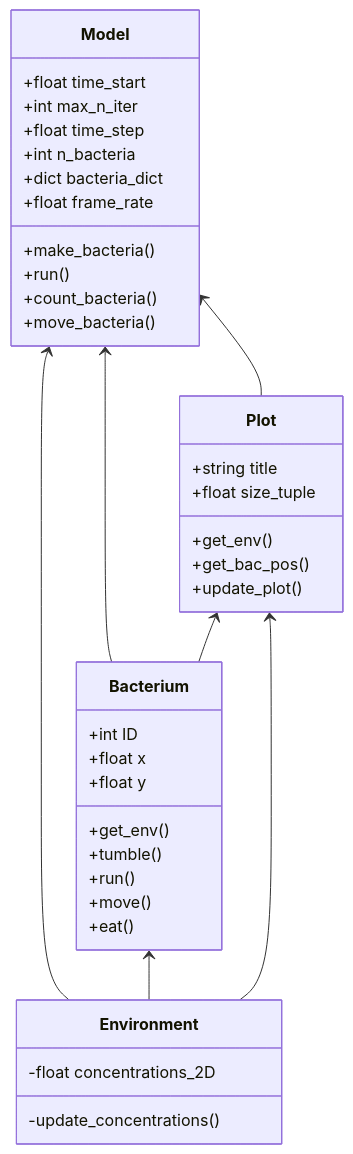
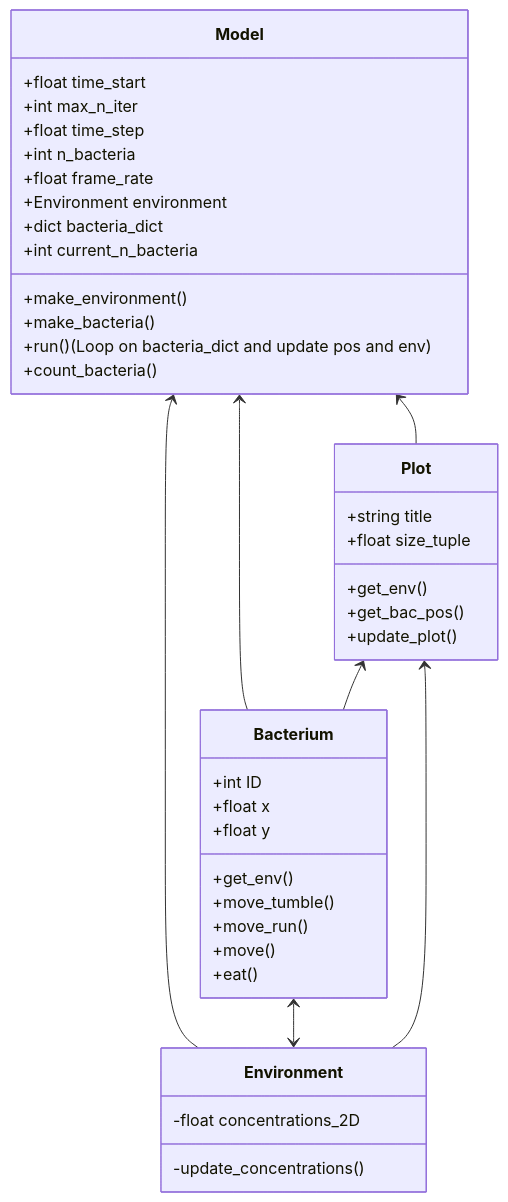
Before and after one commit to programming-formalisms/programming_formalisms_project_summer_2024: the diagram in learners/cecilia/bacteria.md, drawn with Mermaid.

Commit message:
updated class diagram

````diff
--- a/learners/cecilia/bacteria.md
+++ b/learners/cecilia/bacteria.md
@@ -1,43 +1,45 @@
 ```mermaid
 classDiagram
     Model <-- Bacterium
     Model <-- Environment
     Model <-- Plot
-    Bacterium <-- Environment
+    Bacterium <--> Environment
     Plot <-- Bacterium
     Plot <-- Environment
     
     class Model{
       +float time_start
       +int max_n_iter
       +float time_step
       +int n_bacteria
-      +dict bacteria_dict
       +float frame_rate
+      +Environment environment
+      +dict bacteria_dict 
+      +int current_n_bacteria
+      +make_environment()
       +make_bacteria()
-      +run()
+      +run() (Loop on bacteria_dict and update pos and env)
       +count_bacteria()
-      +move_bacteria()
     }
     class Bacterium{
       +int ID
       +float x
       +float y
       +get_env()
-      +tumble()
-      +run()
+      +move_tumble()
+      +move_run()
       +move()
       +eat()
     }
     class Environment{
       -float concentrations_2D
       -update_concentrations()
     }
     class Plot{
       +string title
       +float size_tuple
       +get_env()
       +get_bac_pos()
       +update_plot()
     }
 ```
````
